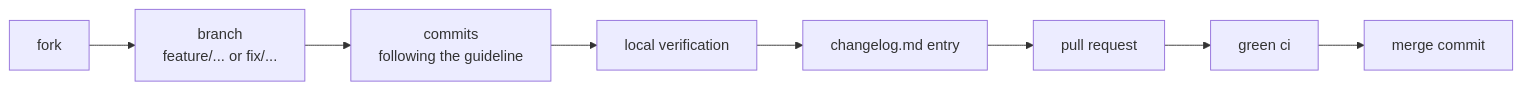
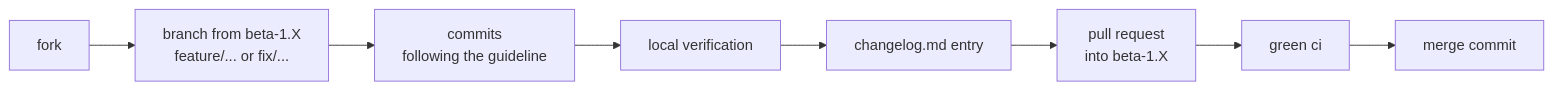
Before and after one commit to rezzt-dev/focusphone-app: the diagram in documentation/en/developers/12-contributing.md, drawn with Mermaid. The commit also changed other lines of this file and 42 other files, not shown here.

````diff
--- a/documentation/en/developers/12-contributing.md
+++ b/documentation/en/developers/12-contributing.md
@@ -24,10 +24,10 @@
 ```mermaid
 flowchart LR
-    A["fork"] --> B["branch<br>feature/... or fix/..."]
+    A["fork"] --> B["branch from beta-1.X<br>feature/... or fix/..."]
     B --> C["commits<br>following the guideline"]
     C --> D["local verification"]
     D --> E["changelog.md entry"]
-    E --> F["pull request"]
+    E --> F["pull request<br>into beta-1.X"]
     F --> G["green ci"]
     G --> H["merge commit"]
 ```
````
